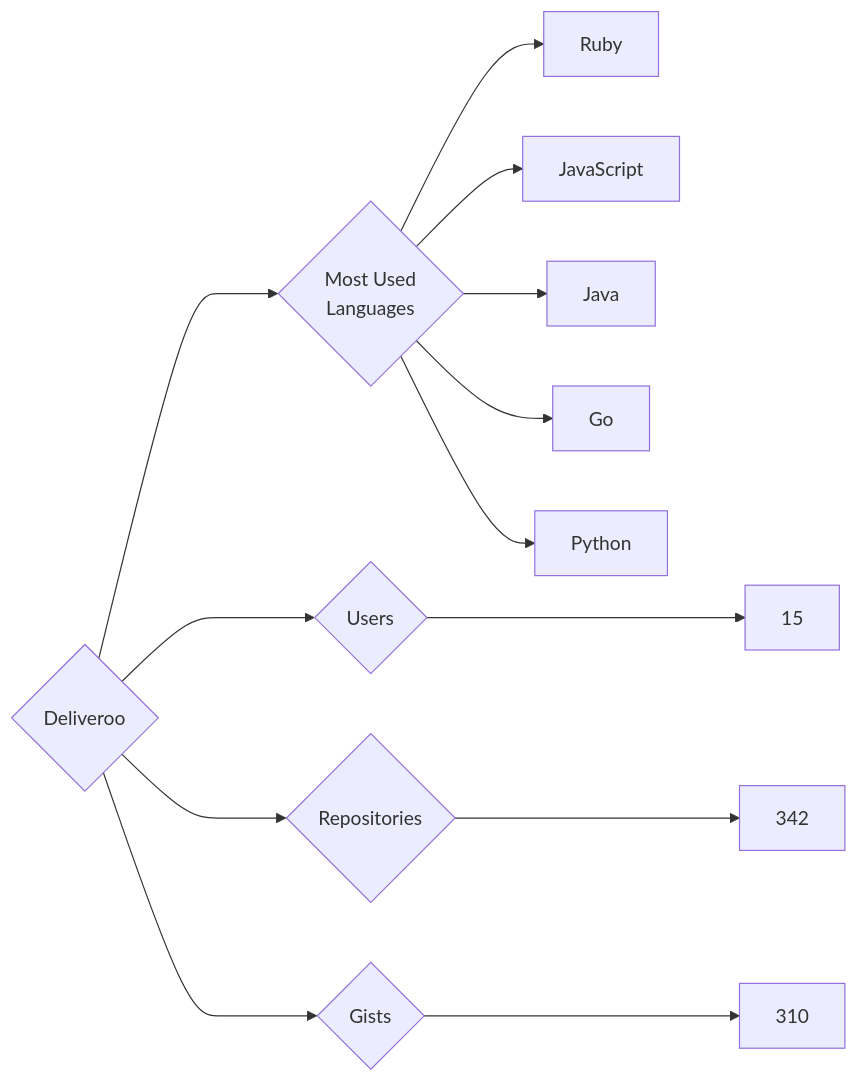
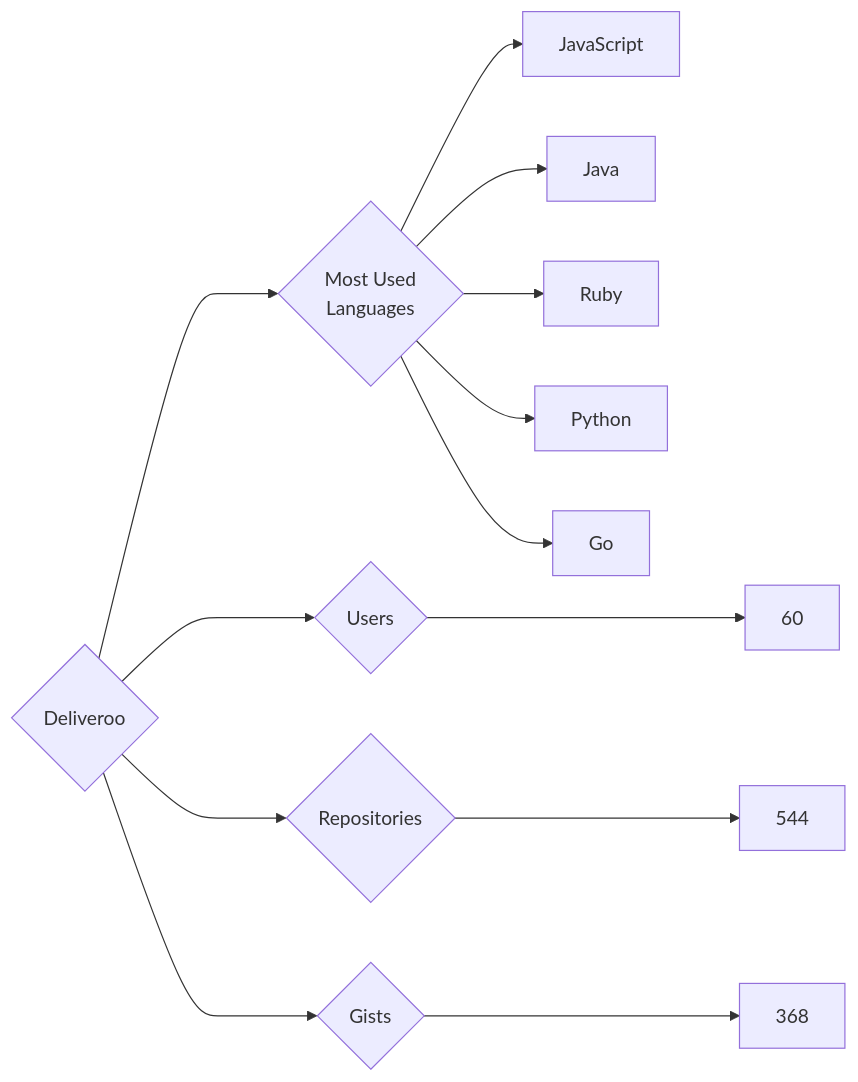
One commit to trickest/insiders changed the diagram in targets/Deliveroo/README.md. Above: the diagram before and after it, drawn with Mermaid. The commit also changed 614 other files, not shown here.

````diff
--- a/targets/Deliveroo/README.md
+++ b/targets/Deliveroo/README.md
@@ -3,13 +3,13 @@
 ```mermaid
 graph LR
 COMPANY_NAME{Deliveroo}
-COMPANY_NAME ---> U{Users} ---> UN[15]
-COMPANY_NAME ---> R{Repositories} ---> RN[342]
-COMPANY_NAME ---> G{Gists} ---> GN[310]
+COMPANY_NAME ---> U{Users} ---> UN[60]
+COMPANY_NAME ---> R{Repositories} ---> RN[544]
+COMPANY_NAME ---> G{Gists} ---> GN[368]
 COMPANY_NAME ---> ML{Most Used<br>Languages}
-ML --> Ruby[Ruby]
 ML --> JavaScript[JavaScript]
 ML --> Java[Java]
+ML --> Ruby[Ruby]
+ML --> Python[Python]
 ML --> Go[Go]
-ML --> Python[Python]
 ```
````
